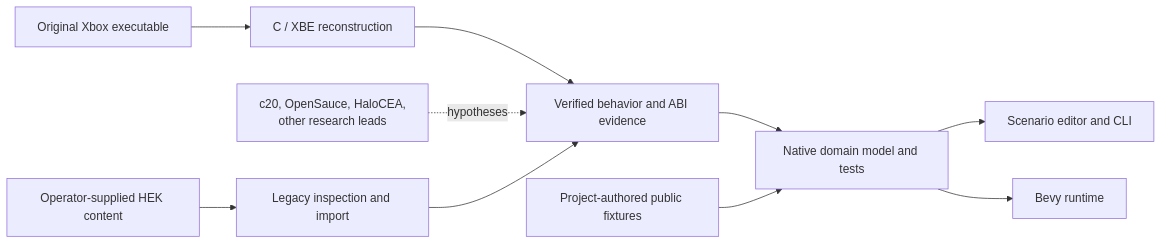
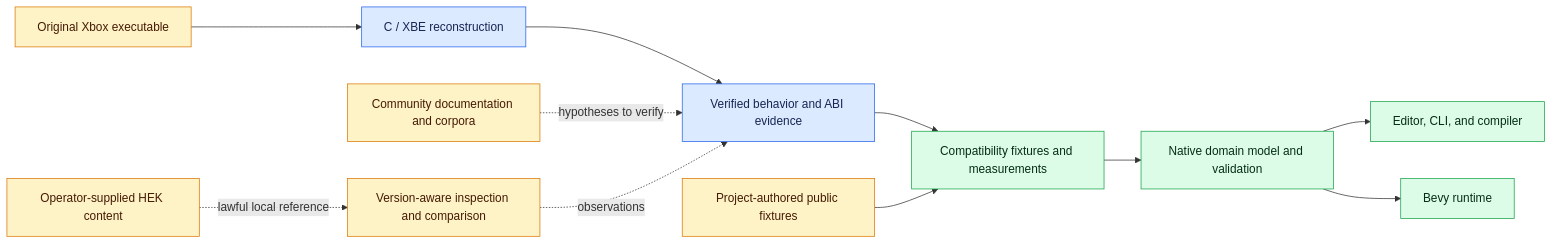
One commit to cwilson613/halo changed the second of 8 diagrams in docs/ecosystem.md. Above: the diagram before and after it, drawn with Mermaid. The commit also changed other lines of this file, not shown here.

Commit message:
docs: refine ecosystem architecture diagrams

````diff
--- a/docs/ecosystem.md
+++ b/docs/ecosystem.md
@@ -13,15 +58,33 @@
 ```mermaid
 flowchart LR
-    Original[Original Xbox executable] --> Recon[C / XBE reconstruction]
-    Recon --> Evidence[Verified behavior and ABI evidence]
+    Xbox[Original Xbox executable]
+    Recon[C / XBE reconstruction]
+    Observed[Verified behavior and ABI evidence]
+    Research[Community documentation and corpora]
+    HEK[Operator-supplied HEK content]
+    Inspect[Version-aware inspection and comparison]
+    Fixtures[Compatibility fixtures and measurements]
+    Domain[Native domain model and validation]
+    Tools[Editor, CLI, and compiler]
+    Runtime[Bevy runtime]
+    Public[Project-authored public fixtures]
 
-    HEK[Operator-supplied HEK content] --> Legacy[Legacy inspection and import]
-    Community[c20, OpenSauce, HaloCEA,<br/>other research leads] -. hypotheses .-> Evidence
-    Legacy --> Evidence
+    Xbox --> Recon
+    Recon --> Observed
+    Research -. hypotheses to verify .-> Observed
+    HEK -. lawful local reference .-> Inspect
+    Inspect -. observations .-> Observed
+    Observed --> Fixtures
+    Fixtures --> Domain
+    Public --> Fixtures
+    Domain --> Tools
+    Domain --> Runtime
 
-    Evidence --> Native[Native domain model and tests]
-    Native --> Tools[Scenario editor and CLI]
-    Native --> Runtime[Bevy runtime]
+    classDef existing fill:#dbeafe,stroke:#2563eb,color:#172554
+    classDef planned fill:#dcfce7,stroke:#16a34a,color:#052e16
+    classDef external fill:#fef3c7,stroke:#d97706,color:#451a03
 
-    Public[Project-authored public fixtures] --> Native
+    class Recon,Observed existing
+    class Fixtures,Domain,Tools,Runtime planned
+    class Xbox,Research,HEK,Inspect,Public external
 ```
````
